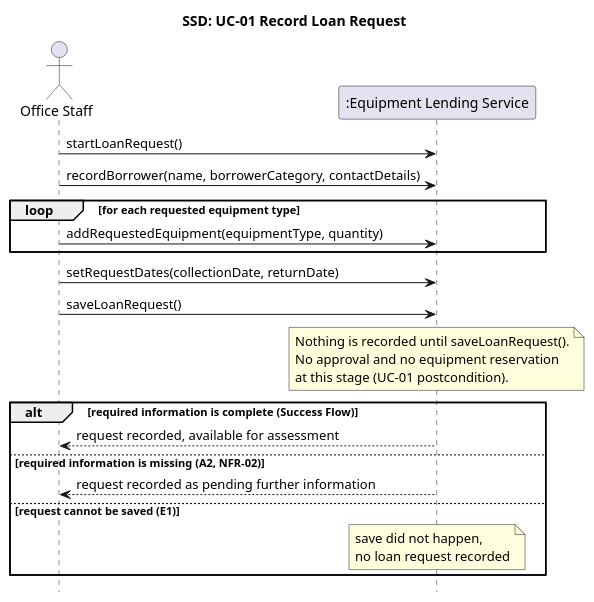
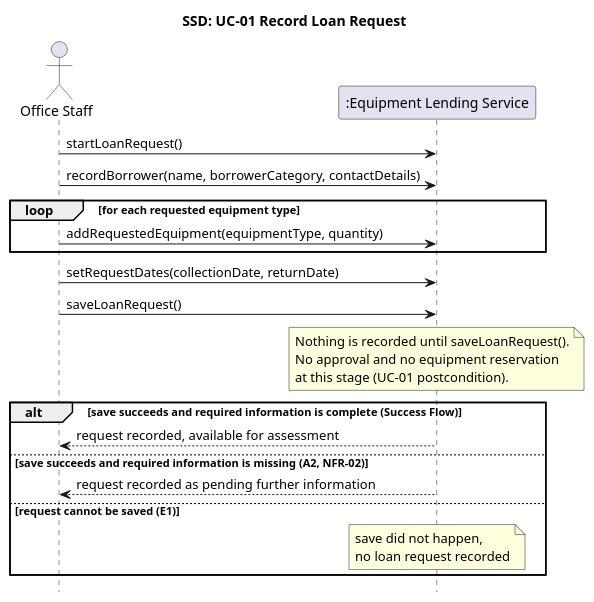
Before and after one commit to KaterynaKon/Community-Equipment: the diagram in ca1-analysis/diagrams/ssd/ssd-uc01-record-loan-request.puml, drawn with PlantUML.

```diff
--- a/ca1-analysis/diagrams/ssd/ssd-uc01-record-loan-request.puml
+++ b/ca1-analysis/diagrams/ssd/ssd-uc01-record-loan-request.puml
@@ -1,30 +1,30 @@
 @startuml
 title SSD: UC-01 Record Loan Request
 hide footbox
 actor "Office Staff" as Staff
 participant ":Equipment Lending Service" as System
 
 Staff -> System : startLoanRequest()
 Staff -> System : recordBorrower(name, borrowerCategory, contactDetails)
 
 loop for each requested equipment type
   Staff -> System : addRequestedEquipment(equipmentType, quantity)
 end
 
 Staff -> System : setRequestDates(collectionDate, returnDate)
 Staff -> System : saveLoanRequest()
 
 note over System
   Nothing is recorded until saveLoanRequest().
   No approval and no equipment reservation
   at this stage (UC-01 postcondition).
 end note
 
-alt required information is complete (Success Flow)
+alt save succeeds and required information is complete (Success Flow)
   System --> Staff : request recorded, available for assessment
-else required information is missing (A2, NFR-02)
+else save succeeds and required information is missing (A2, NFR-02)
   System --> Staff : request recorded as pending further information
 else request cannot be saved (E1)
   note over System : save did not happen,\nno loan request recorded
 end
 @enduml
```
